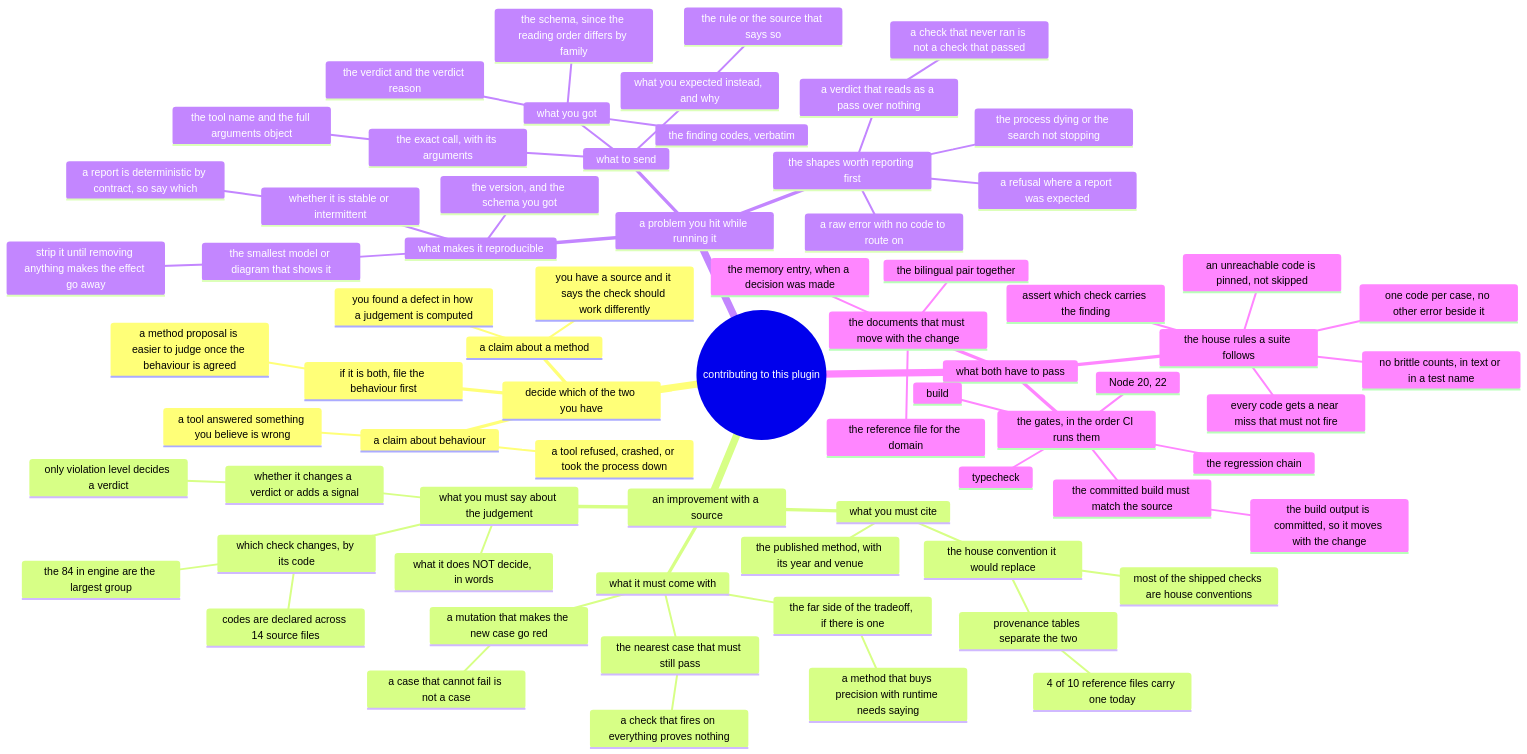
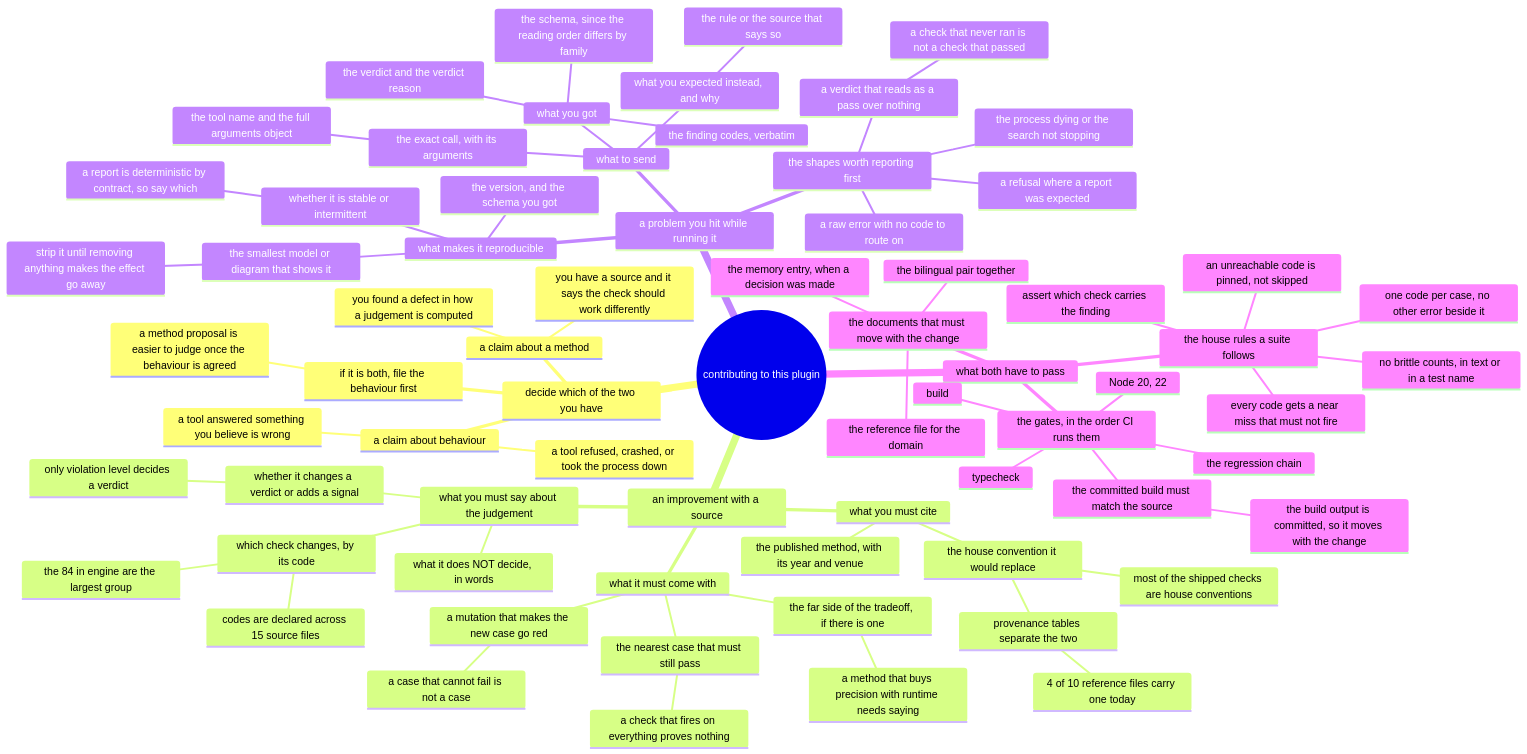
Before and after one commit to AmethystLuna/dsh-model-everything: the diagram in docs/contributing/mindmap.mmd, drawn with Mermaid. The commit also changed 24 other files, not shown here.

```diff
--- a/docs/contributing/mindmap.mmd
+++ b/docs/contributing/mindmap.mmd
@@ -1,72 +1,72 @@
 mindmap
 root((contributing to this plugin))
   decide which of the two you have
     a claim about a method
       you have a source and it says the check should work differently
       you found a defect in how a judgement is computed
     a claim about behaviour
       a tool answered something you believe is wrong
       a tool refused, crashed, or took the process down
     if it is both, file the behaviour first
       a method proposal is easier to judge once the behaviour is agreed
   an improvement with a source
     what you must cite
       the published method, with its year and venue
       the house convention it would replace
         provenance tables separate the two
           4 of 10 reference files carry one today
         most of the shipped checks are house conventions
     what you must say about the judgement
       which check changes, by its code
-        codes are declared across 14 source files
+        codes are declared across 15 source files
         the 84 in engine are the largest group
       whether it changes a verdict or adds a signal
         only violation level decides a verdict
       what it does NOT decide, in words
     what it must come with
       the nearest case that must still pass
         a check that fires on everything proves nothing
       a mutation that makes the new case go red
         a case that cannot fail is not a case
       the far side of the tradeoff, if there is one
         a method that buys precision with runtime needs saying
   a problem you hit while running it
     what to send
       the exact call, with its arguments
         the tool name and the full arguments object
       what you got
         the verdict and the verdict reason
         the finding codes, verbatim
         the schema, since the reading order differs by family
       what you expected instead, and why
         the rule or the source that says so
     the shapes worth reporting first
       a verdict that reads as a pass over nothing
         a check that never ran is not a check that passed
       a refusal where a report was expected
       a raw error with no code to route on
       the process dying or the search not stopping
     what makes it reproducible
       the smallest model or diagram that shows it
         strip it until removing anything makes the effect go away
       the version, and the schema you got
       whether it is stable or intermittent
         a report is deterministic by contract, so say which
   what both have to pass
     the gates, in the order CI runs them
       Node 20, 22
       typecheck
       build
       the regression chain
       the committed build must match the source
         the build output is committed, so it moves with the change
     the house rules a suite follows
       one code per case, no other error beside it
       assert which check carries the finding
       every code gets a near miss that must not fire
       an unreachable code is pinned, not skipped
       no brittle counts, in text or in a test name
     the documents that must move with the change
       the reference file for the domain
       the memory entry, when a decision was made
       the bilingual pair together
```
